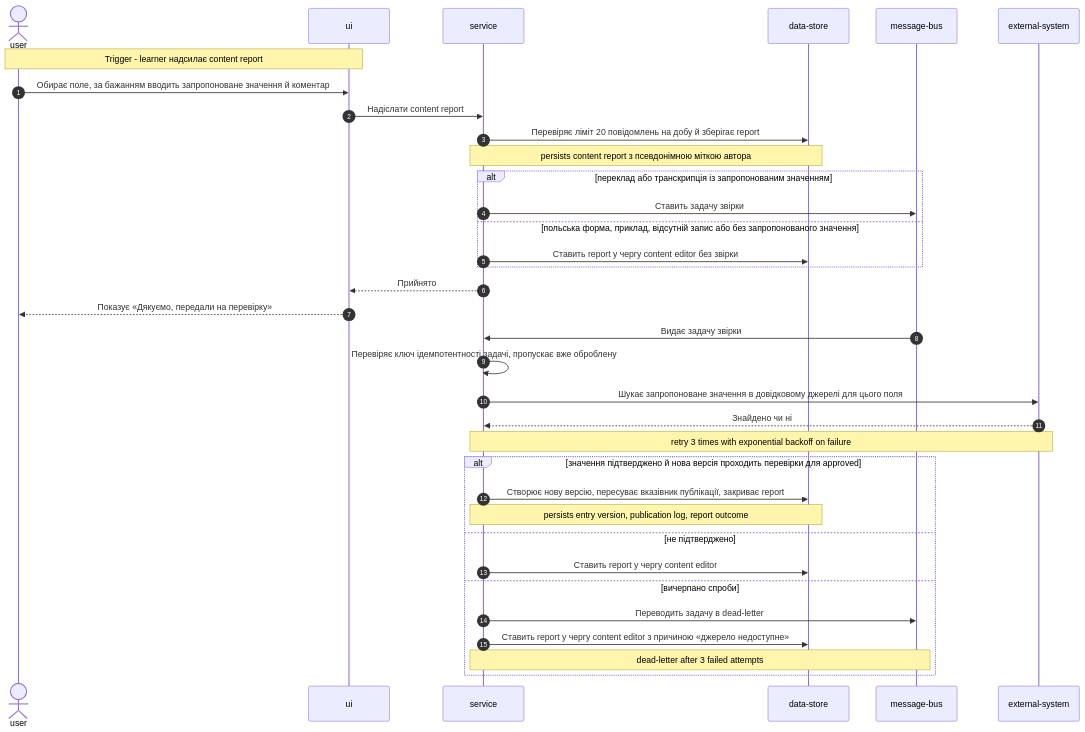
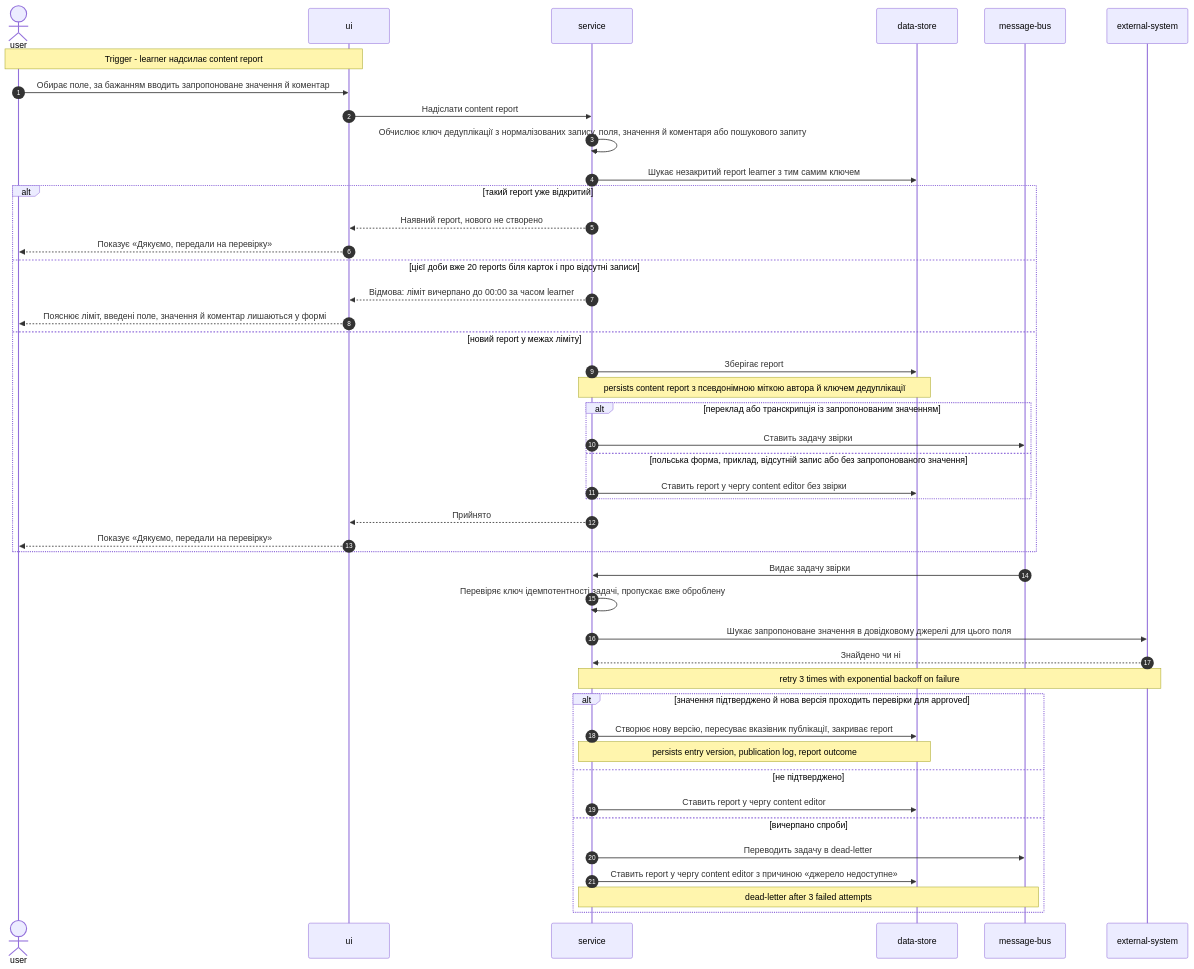
One commit to HeliosPersonal/constant-learning changed diagram 14 of 17 in docs/features/personal-trainer-mvp/sad.md. Above: the diagram before and after it, drawn with Mermaid. The commit also changed other lines of this file and 7 other files, not shown here.

````diff
--- a/docs/features/personal-trainer-mvp/sad.md
+++ b/docs/features/personal-trainer-mvp/sad.md
@@ -499,38 +520,48 @@
 ```mermaid
 sequenceDiagram
     autonumber
     actor U as user
     participant UI as ui
     participant S as service
     participant D as data-store
     participant B as message-bus
     participant X as external-system
 
     Note over U,UI: Trigger - learner надсилає content report
     U->>UI: Обирає поле, за бажанням вводить запропоноване значення й коментар
     UI->>S: Надіслати content report
-    S->>D: Перевіряє ліміт 20 повідомлень на добу й зберігає report
-    Note over S,D: persists content report з псевдонімною міткою автора
-    alt переклад або транскрипція із запропонованим значенням
-        S->>B: Ставить задачу звірки
-    else польська форма, приклад, відсутній запис або без запропонованого значення
-        S->>D: Ставить report у чергу content editor без звірки
+    S->>S: Обчислює ключ дедуплікації з нормалізованих запису, поля, значення й коментаря або пошукового запиту
+    S->>D: Шукає незакритий report learner з тим самим ключем
+    alt такий report уже відкритий
+        S-->>UI: Наявний report, нового не створено
+        UI-->>U: Показує «Дякуємо, передали на перевірку»
+    else цієї доби вже 20 reports біля карток і про відсутні записи
+        S-->>UI: Відмова: ліміт вичерпано до 00:00 за часом learner
+        UI-->>U: Пояснює ліміт, введені поле, значення й коментар лишаються у формі
+    else новий report у межах ліміту
+        S->>D: Зберігає report
+        Note over S,D: persists content report з псевдонімною міткою автора й ключем дедуплікації
+        alt переклад або транскрипція із запропонованим значенням
+            S->>B: Ставить задачу звірки
+        else польська форма, приклад, відсутній запис або без запропонованого значення
+            S->>D: Ставить report у чергу content editor без звірки
+        end
+        S-->>UI: Прийнято
+        UI-->>U: Показує «Дякуємо, передали на перевірку»
     end
-    S-->>UI: Прийнято
-    UI-->>U: Показує «Дякуємо, передали на перевірку»
     B->>S: Видає задачу звірки
     S->>S: Перевіряє ключ ідемпотентності задачі, пропускає вже оброблену
     S->>X: Шукає запропоноване значення в довідковому джерелі для цього поля
     X-->>S: Знайдено чи ні
     Note over S,X: retry 3 times with exponential backoff on failure
     alt значення підтверджено й нова версія проходить перевірки для approved
         S->>D: Створює нову версію, пересуває вказівник публікації, закриває report
         Note over S,D: persists entry version, publication log, report outcome
     else не підтверджено
         S->>D: Ставить report у чергу content editor
     else вичерпано спроби
         S->>B: Переводить задачу в dead-letter
         S->>D: Ставить report у чергу content editor з причиною «джерело недоступне»
         Note over S,B: dead-letter after 3 failed attempts
     end
 ```
````
